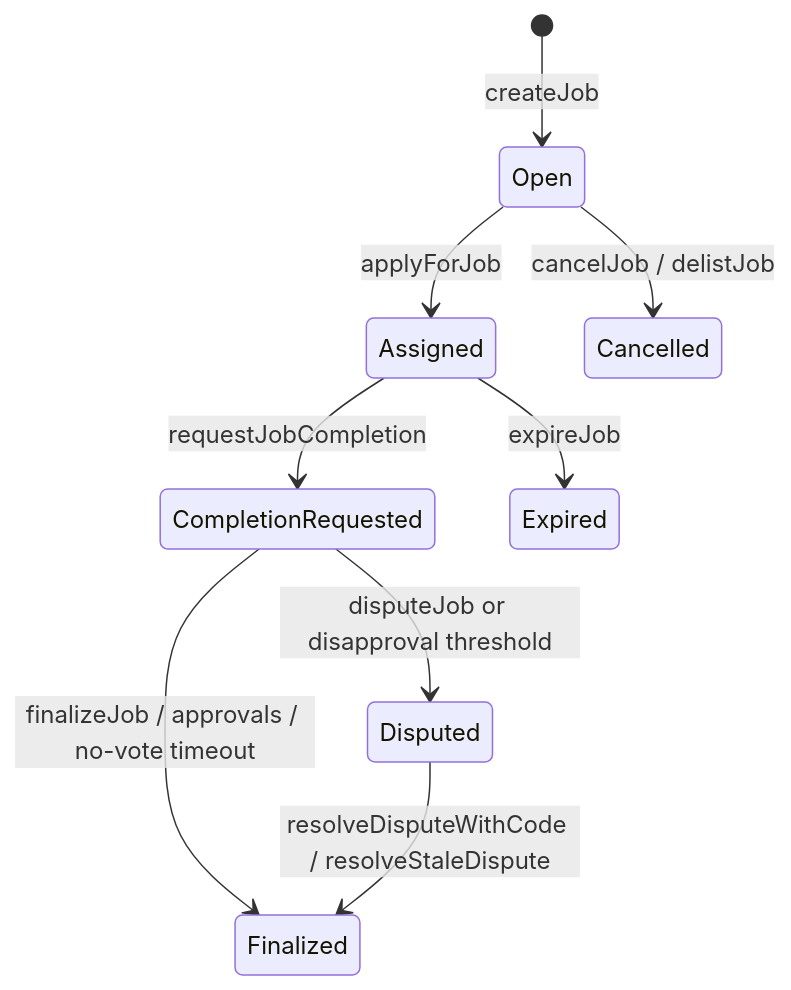
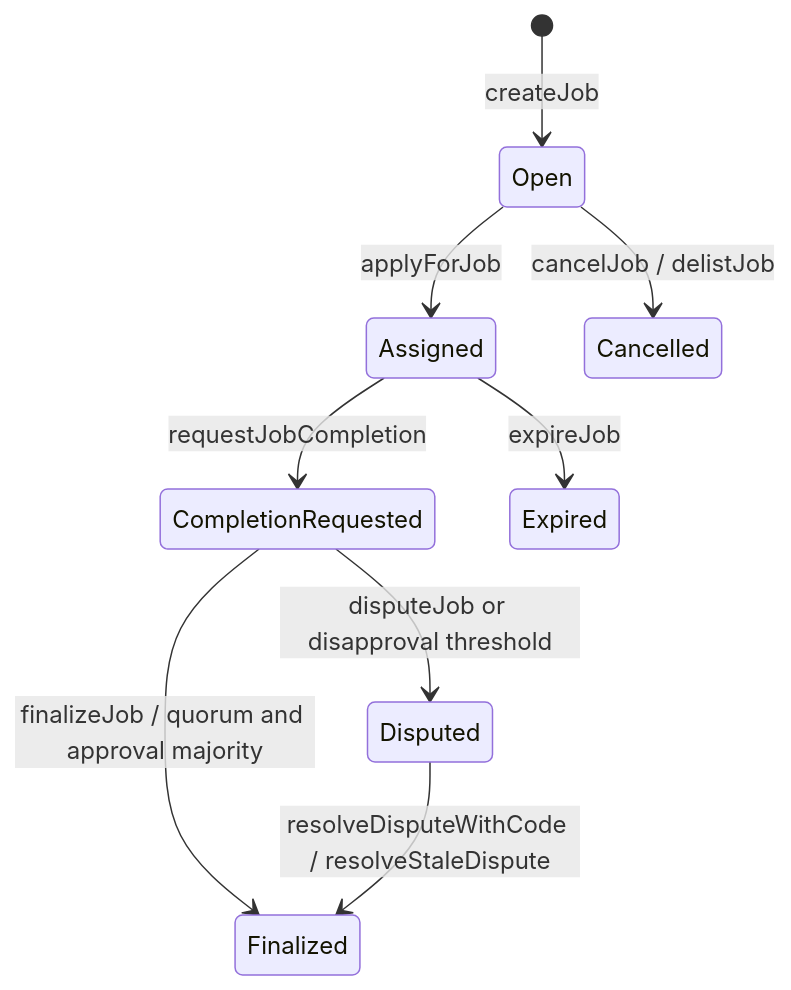
The third of 4 diagrams in docs/ARCHITECTURE_TESTS.md (MontrealAI/AGIJobManager), drawn with Mermaid before and after one commit. The commit also changed 190 other files, not shown here.

````diff
--- a/docs/ARCHITECTURE_TESTS.md
+++ b/docs/ARCHITECTURE_TESTS.md
@@ -80,13 +80,13 @@
 ```mermaid
 stateDiagram-v2
   [*] --> Open: createJob
   Open --> Assigned: applyForJob
   Assigned --> CompletionRequested: requestJobCompletion
 
-  CompletionRequested --> Finalized: finalizeJob / approvals / no-vote timeout
+  CompletionRequested --> Finalized: finalizeJob / quorum and approval majority
   CompletionRequested --> Disputed: disputeJob or disapproval threshold
   Disputed --> Finalized: resolveDisputeWithCode / resolveStaleDispute
 
   Assigned --> Expired: expireJob
   Open --> Cancelled: cancelJob / delistJob
 ```
````
